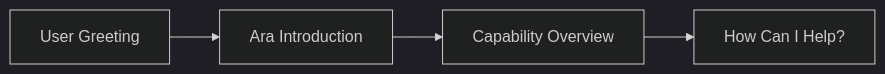
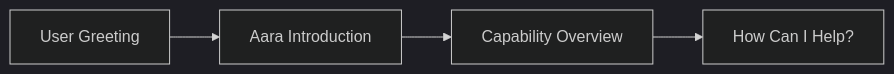
The fourth of 7 diagrams in docs/architecture/system-overview.md (her-mirror/Agent-Aara), drawn with Mermaid (dark theme) before and after one commit. The commit also changed other lines of this file and 49 other files, not shown here.

````diff
--- a/docs/architecture/system-overview.md
+++ b/docs/architecture/system-overview.md
@@ -179,6 +179,6 @@
 ```mermaid
 graph LR
-    A[User Greeting] --> B[Ara Introduction]
+    A[User Greeting] --> B[Aara Introduction]
     B --> C[Capability Overview]
     C --> D[How Can I Help?]
 ```
````
